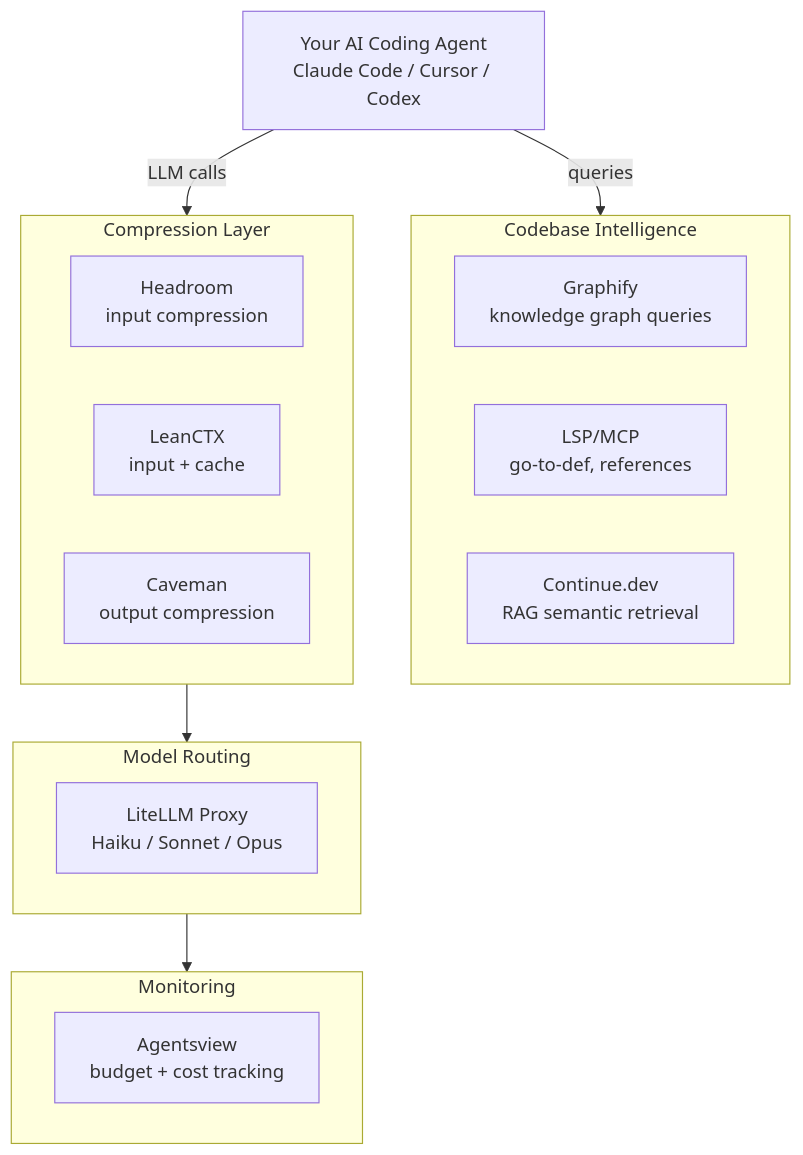
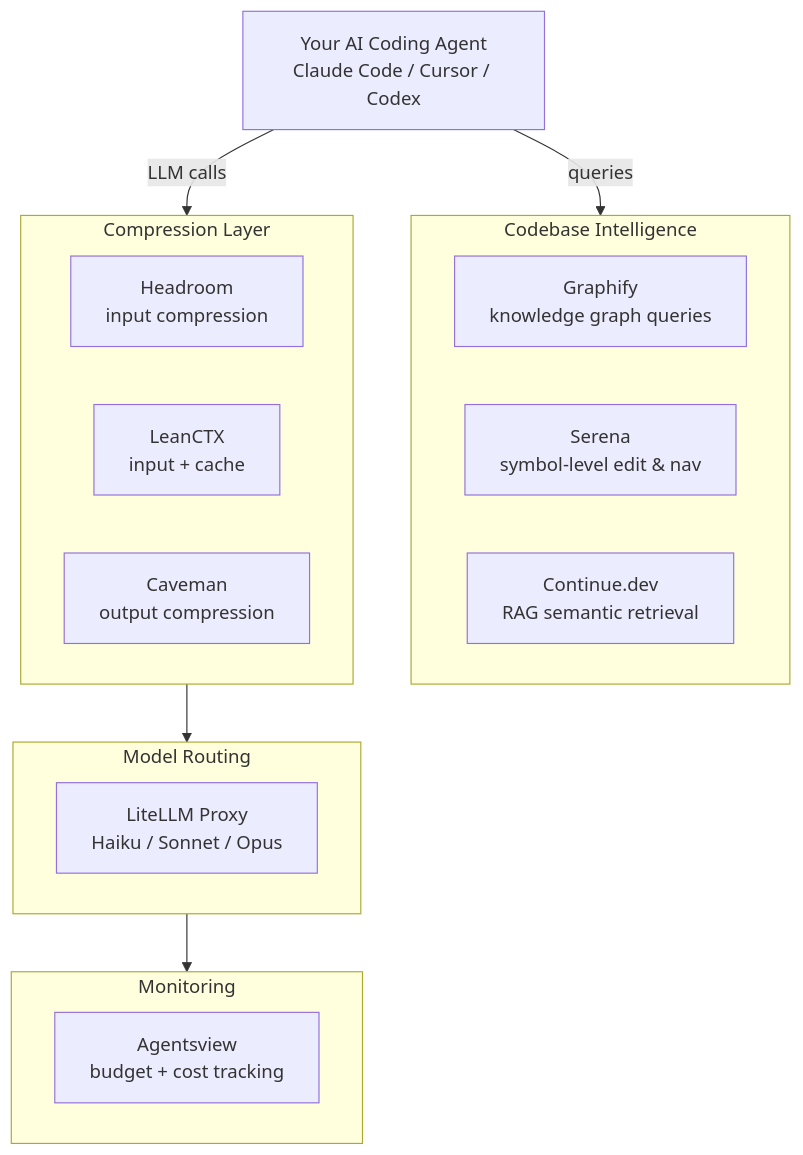
The diagram in README.md (shreyasht/token-optimization-stack), drawn with Mermaid before and after one commit. The commit also changed other lines of this file and 1 other file, not shown here.

Commit message:
docs: replace LSP via MCP with Serena for symbol-level navigation and editing

````diff
--- a/README.md
+++ b/README.md
@@ -15,29 +15,29 @@
 ```mermaid
 flowchart TD
     Agent[Your AI Coding Agent<br/>Claude Code / Cursor / Codex]
     
     subgraph Intelligence [Codebase Intelligence]
         Graphify[Graphify<br/>knowledge graph queries]
-        LSP[LSP/MCP<br/>go-to-def, references]
+        Serena[Serena<br/>symbol-level edit & nav]
         Continue[Continue.dev<br/>RAG semantic retrieval]
     end
     
     subgraph Compression [Compression Layer]
         Headroom[Headroom<br/>input compression]
         LeanCTX[LeanCTX<br/>input + cache]
         Caveman[Caveman<br/>output compression]
     end
     
     subgraph Routing [Model Routing]
         LiteLLM[LiteLLM Proxy<br/>Haiku / Sonnet / Opus]
     end
     
     subgraph Monitoring [Monitoring]
         Agentsview[Agentsview<br/>budget + cost tracking]
     end
     
     Agent -- queries --> Intelligence
     Agent -- LLM calls --> Compression
     Compression --> Routing
     Routing --> Monitoring
 ```
````
